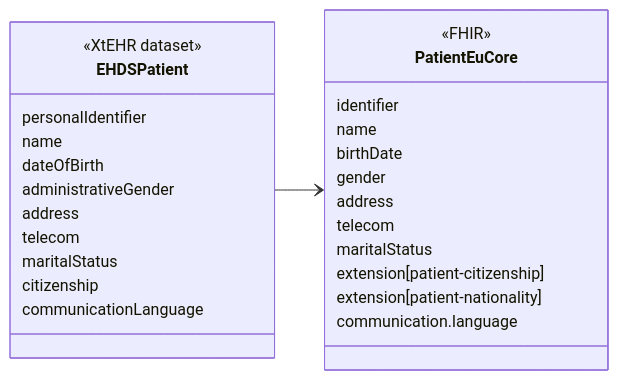
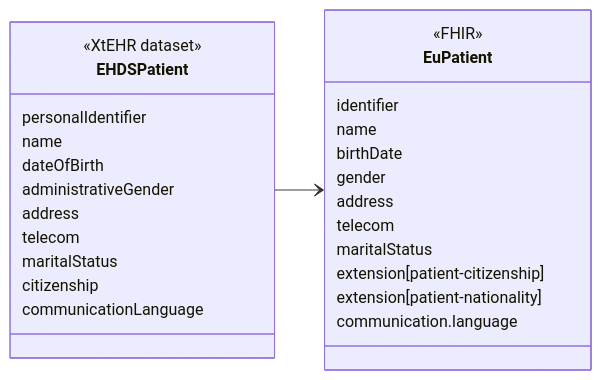
One commit to oijauregui/ehdsimaging changed the diagram in input/intro-notes/ConceptMap-EHDSPatientMap-intro.md. Above: the diagram before and after it, drawn with Mermaid. The commit also changed 138 other files, not shown here.

````diff
--- a/input/intro-notes/ConceptMap-EHDSPatientMap-intro.md
+++ b/input/intro-notes/ConceptMap-EHDSPatientMap-intro.md
@@ -5,32 +5,32 @@
 ```mermaid
 classDiagram
 direction LR
 class EHDSPatient {
   <<XtEHR dataset>>
   personalIdentifier
   name
   dateOfBirth
   administrativeGender
   address
   telecom
   maritalStatus
   citizenship
   communicationLanguage
 }
 link EHDSPatient "https://build.fhir.org/ig/Xt-EHR/xt-ehr-common/StructureDefinition-EHDSPatient.html"
-class PatientEuCore{
+class EuPatient{
   <<FHIR>>
   identifier
   name
   birthDate
   gender
   address
   telecom
   maritalStatus
   extension[patient-citizenship]
   extension[patient-nationality]
   communication.language
 }
 
-EHDSPatient --> PatientEuCore
+EHDSPatient --> EuPatient
 ```
````
